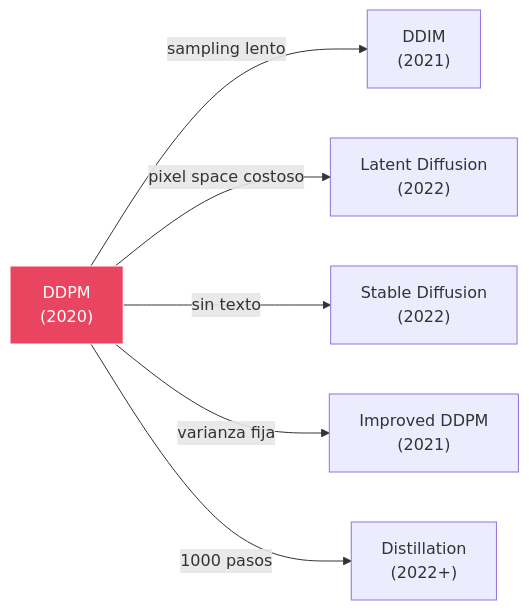
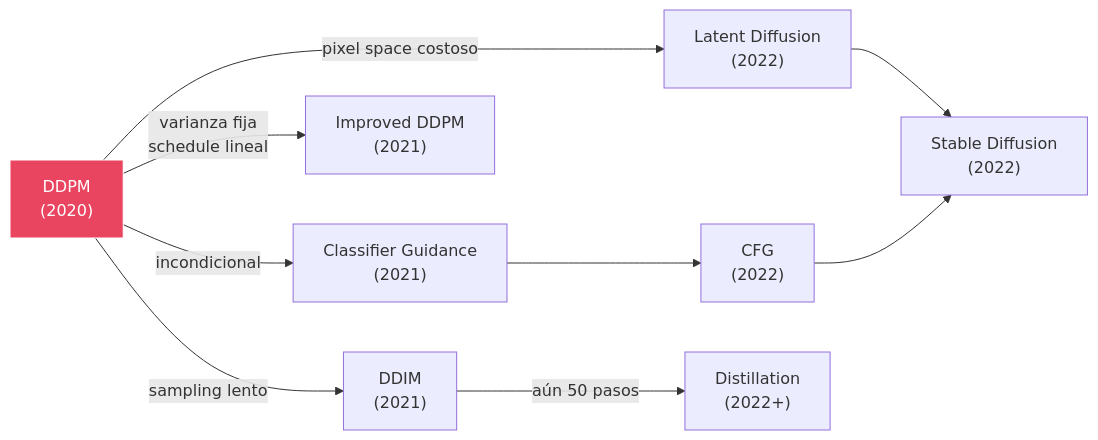
The fourth of 4 diagrams in 02-ddpm/README.md (DavidDevGt/DifusionReal), drawn with Mermaid before and after one commit. The commit also changed other lines of this file, not shown here.

````diff
--- a/02-ddpm/README.md
+++ b/02-ddpm/README.md
@@ -239,10 +375,13 @@
 ```mermaid
 graph LR
     DDPM["DDPM<br/>(2020)"] -->|"sampling lento"| DDIM["DDIM<br/>(2021)"]
+    DDPM -->|"varianza fija<br/>schedule lineal"| IDDPM["Improved DDPM<br/>(2021)"]
+    DDPM -->|"incondicional"| GUID["Classifier Guidance<br/>(2021)"]
     DDPM -->|"pixel space costoso"| LDM["Latent Diffusion<br/>(2022)"]
-    DDPM -->|"sin texto"| SD["Stable Diffusion<br/>(2022)"]
-    DDPM -->|"varianza fija"| IDDPM["Improved DDPM<br/>(2021)"]
-    DDPM -->|"1000 pasos"| DIST["Distillation<br/>(2022+)"]
+    GUID --> CFG["CFG<br/>(2022)"]
+    LDM --> SD["Stable Diffusion<br/>(2022)"]
+    CFG --> SD
+    DDIM -->|"aún 50 pasos"| DIST["Distillation<br/>(2022+)"]
 
     style DDPM fill:#e94560,stroke:#fff,color:#fff
 ```
````
